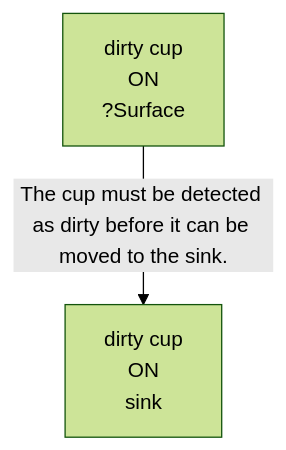
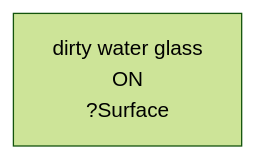
One commit to scuama/virtualhome changed the fourth of 4 diagrams in evaluation/results/table1/_raw/robostate/run_T1_DYN_M1_03_high.md. Above: the diagram before and after it, drawn with Mermaid (forest theme). The commit also changed other lines of this file and 96 other files, not shown here.

````diff
--- a/evaluation/results/table1/_raw/robostate/run_T1_DYN_M1_03_high.md
+++ b/evaluation/results/table1/_raw/robostate/run_T1_DYN_M1_03_high.md
@@ -162,6 +156,4 @@
 ```mermaid
 graph TD
-    N1["dirty cup<br>ON<br>?Surface"]
-    N2["dirty cup<br>ON<br>sink"]
-    N1 -->|"The cup must be detected as dirty before it can be moved to the sink."| N2
+    N1["dirty water glass<br>ON<br>?Surface"]
 ```
````
